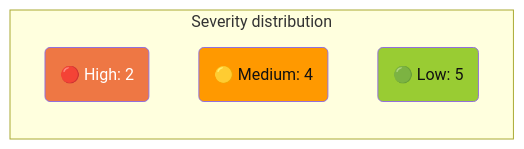
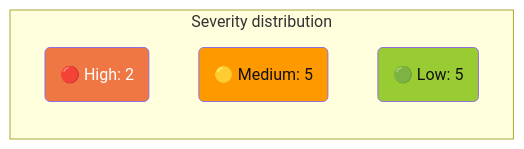
One commit to marcelofrau/xb-homebrew-vault changed the diagram in docs/TECH-DEBT.md. Above: the diagram before and after it, drawn with Mermaid. The commit also changed other lines of this file and 2 other files, not shown here.

````diff
--- a/docs/TECH-DEBT.md
+++ b/docs/TECH-DEBT.md
@@ -112,12 +126,12 @@
 ```mermaid
 graph LR
     subgraph Severity["Severity distribution"]
         H("🔴 High: 2"):::high
-        M("🟡 Medium: 4"):::medium
+        M("🟡 Medium: 5"):::medium
         L("🟢 Low: 5"):::low
     end
 
     classDef high fill:#e74,color:#fff
     classDef medium fill:#f90,color:#111
     classDef low fill:#9c3,color:#111
 ```
````
